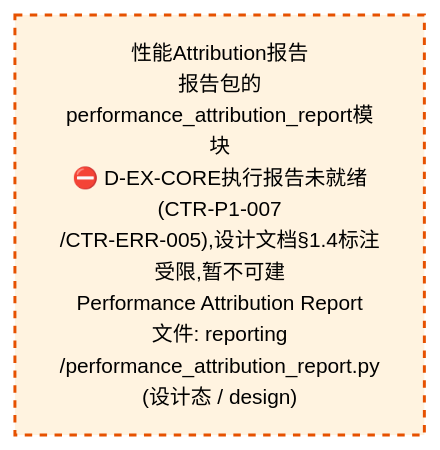
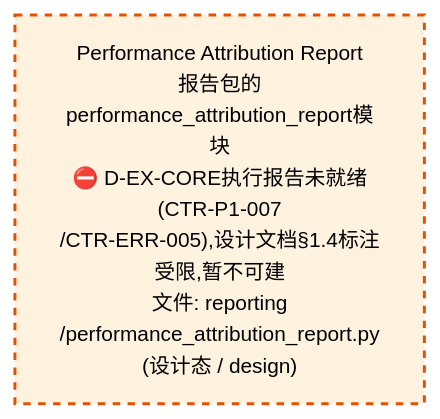
Before and after one commit to xuanFelixVan/ZephyrAlpha: the third of 4 diagrams in docs/02_enterprise_architecture/02_domain_architecture_docs/26_d_reporting.md, drawn with Mermaid. The commit also changed other lines of this file and 51 other files, not shown here.

````diff
--- a/docs/02_enterprise_architecture/02_domain_architecture_docs/26_d_reporting.md
+++ b/docs/02_enterprise_architecture/02_domain_architecture_docs/26_d_reporting.md
@@ -213,10 +213,10 @@
 ```mermaid
 %%{init: {'theme': 'base', 'themeVariables': {'primaryColor': '#eaeaea', 'primaryTextColor': '#333333', 'primaryBorderColor': '#666666', 'lineColor': '#666666', 'secondaryColor': '#eaeaea', 'tertiaryColor': '#eaeaea', 'fontSize': '14px'}}}%%
 flowchart TD
-    src_zephyr_reporting_performance_attribution_report_py["性能Attribution报告<br/>报告包的performance_attribution_report模块<br/>⛔ D-EX-CORE执行报告未就绪(CTR-P1-007<br/>/CTR-ERR-005),设计文档§1.4标注受限,暂不可建<br/>Performance Attribution Report<br/>文件: reporting<br/>/performance_attribution_report.py<br/>(设计态 / design)"]
+    src_zephyr_reporting_performance_attribution_report_py["Performance Attribution Report<br/>报告包的performance_attribution_report模块<br/>⛔ D-EX-CORE执行报告未就绪(CTR-P1-007<br/>/CTR-ERR-005),设计文档§1.4标注受限,暂不可建<br/>文件: reporting<br/>/performance_attribution_report.py<br/>(设计态 / design)"]
     classDef production fill:#e1f5fe,stroke:#01579b,stroke-width:2px,color:#000
     classDef design fill:#fff3e0,stroke:#e65100,stroke-width:2px,color:#000,stroke-dasharray: 5 5
     classDef external_prod fill:#e8f4fd,stroke:#0277bd,stroke-width:1px,color:#000
     classDef external_design fill:#fff8e7,stroke:#ef6c00,stroke-width:1px,color:#000,stroke-dasharray: 5 5
     class src_zephyr_reporting_performance_attribution_report_py design
 ```
````
